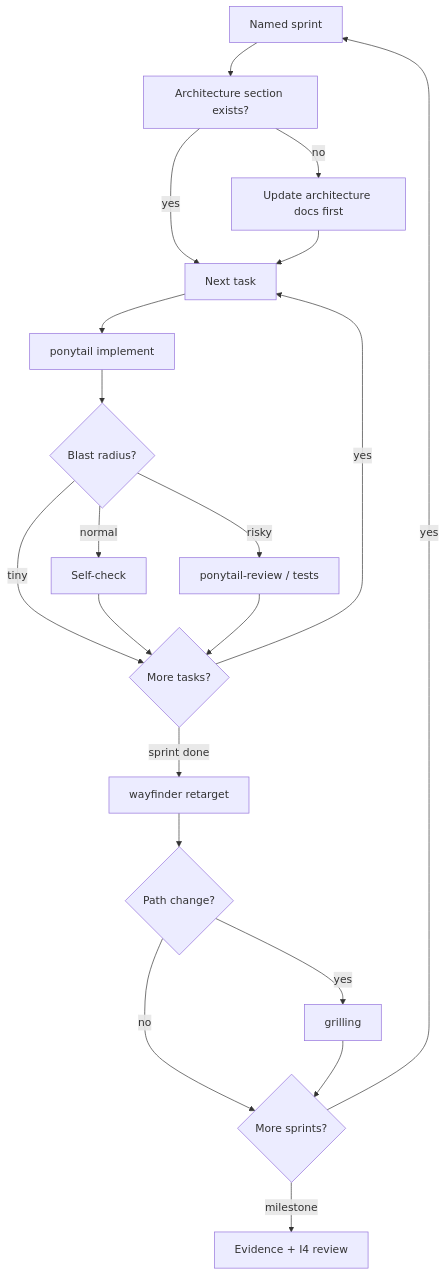
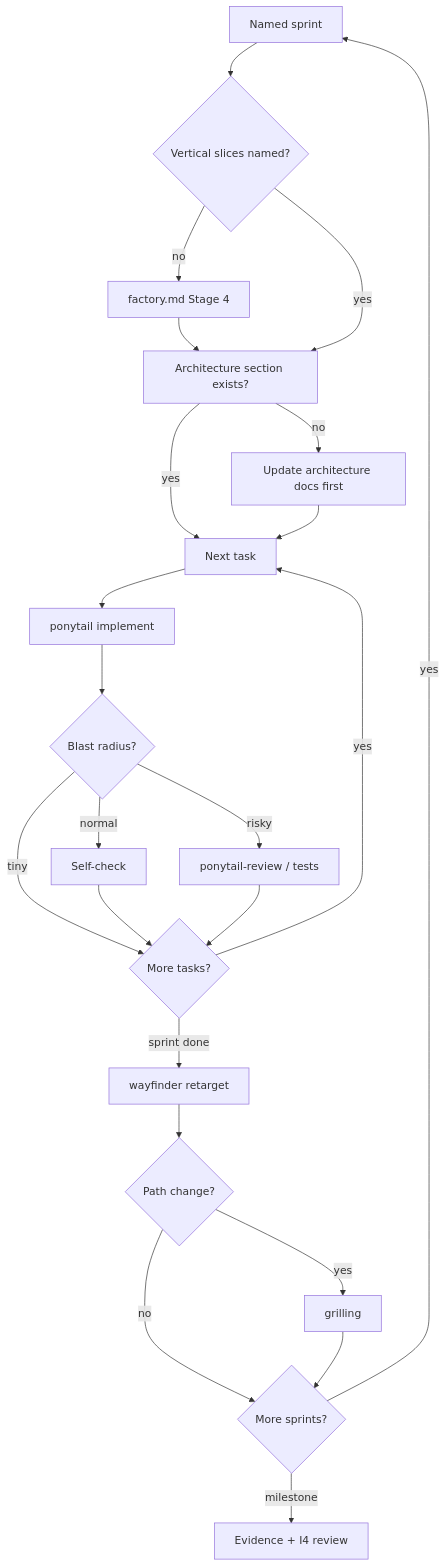
The second of 2 diagrams in agent-os/PLAYBOOK.md (vishwaksena-dingari/computer-use-automation), drawn with Mermaid before and after one commit. The commit also changed other lines of this file and 38 other files, not shown here.

````diff
--- a/agent-os/PLAYBOOK.md
+++ b/agent-os/PLAYBOOK.md
@@ -64,22 +116,25 @@
 ```mermaid
 flowchart TD
-  Start[Named sprint] --> Arch[Architecture section exists?]
+  Start[Named sprint] --> Slices{Vertical slices named?}
+  Slices -->|no| Desk2[factory.md Stage 4]
+  Desk2 --> Arch
+  Slices -->|yes| Arch[Architecture section exists?]
   Arch -->|no| Docs[Update architecture docs first]
   Arch -->|yes| Task[Next task]
   Docs --> Task
   Task --> Code[ponytail implement]
   Code --> Check{Blast radius?}
   Check -->|tiny| Next{More tasks?}
   Check -->|normal| Smoke[Self-check]
   Check -->|risky| Review[ponytail-review / tests]
   Smoke --> Next
   Review --> Next
   Next -->|yes| Task
   Next -->|sprint done| Retarget[wayfinder retarget]
   Retarget --> Human{Path change?}
   Human -->|yes| Grill[grilling]
   Human -->|no| More{More sprints?}
   Grill --> More
   More -->|yes| Start
   More -->|milestone| Prove[Evidence + I4 review]
 ```
````
